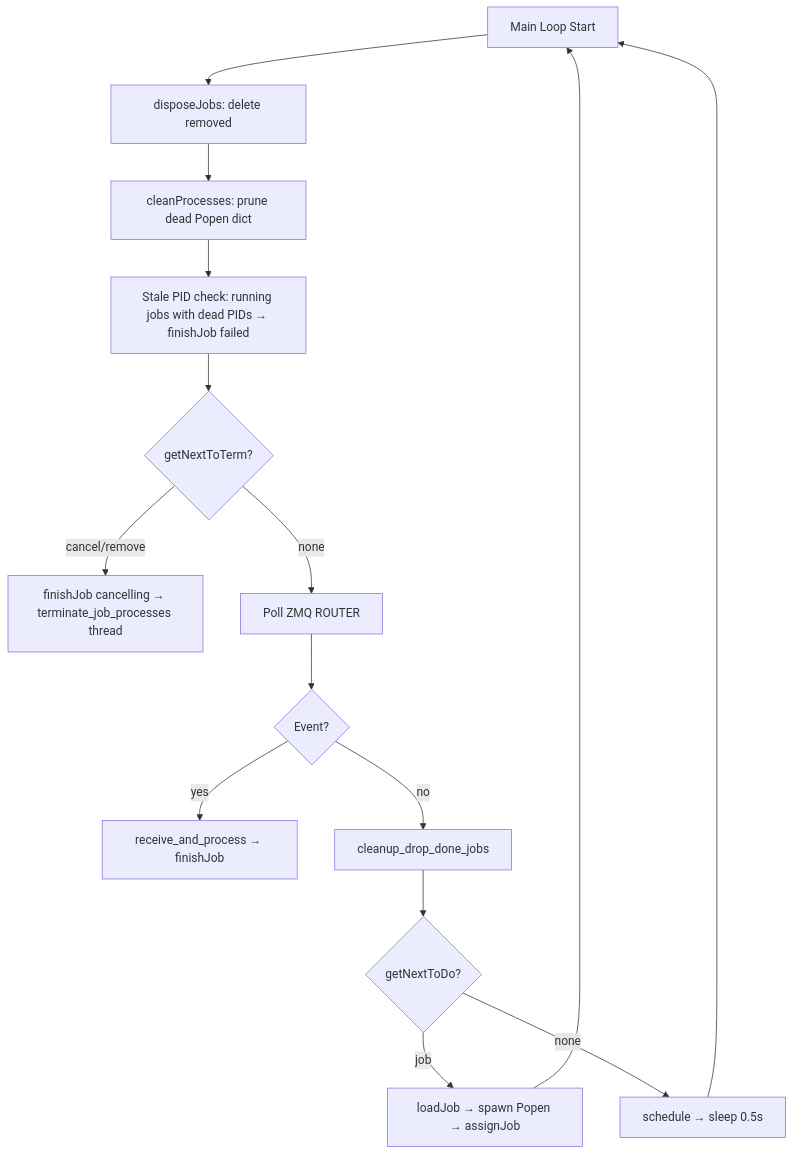
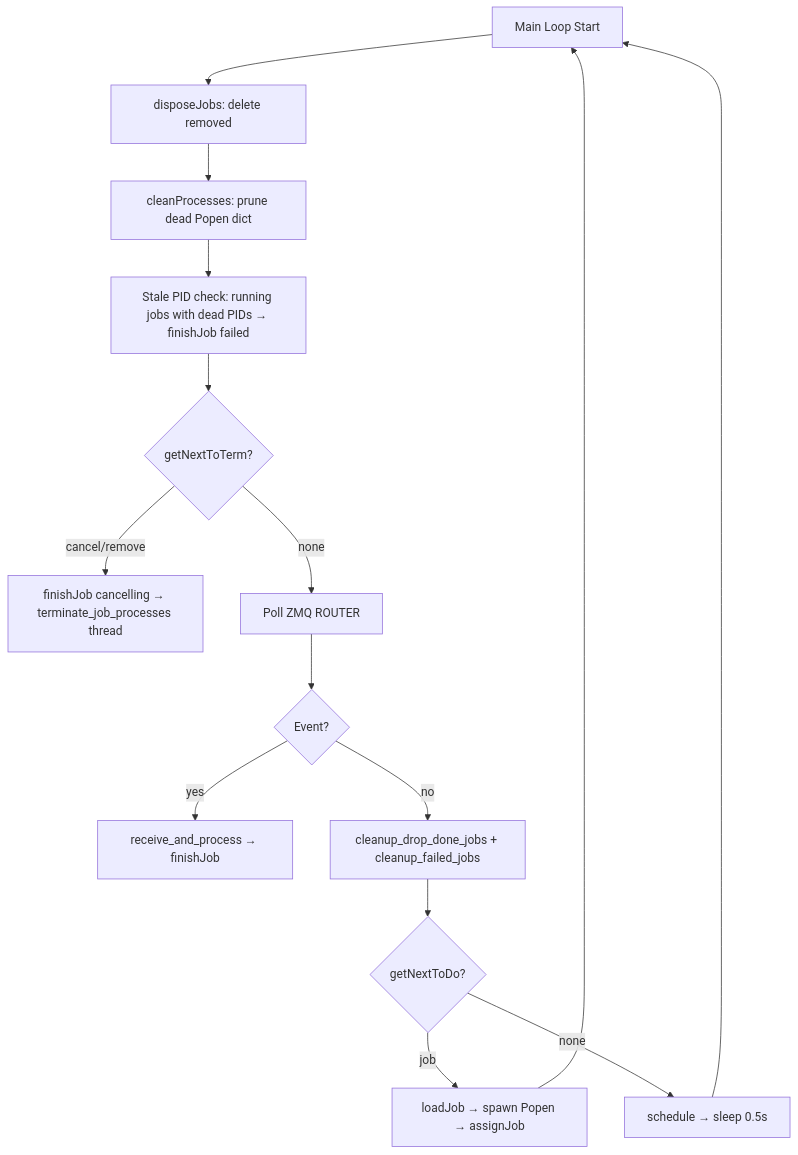
Before and after one commit to pyops-project/pyops: the fifth of 10 diagrams in docs/insights_app.md, drawn with Mermaid. The commit also changed other lines of this file and 16 other files, not shown here.

````diff
--- a/docs/insights_app.md
+++ b/docs/insights_app.md
@@ -305,17 +307,17 @@
 ```mermaid
 flowchart TD
     A[Main Loop Start] --> B[disposeJobs: delete removed]
     B --> C[cleanProcesses: prune dead Popen dict]
     C --> D[Stale PID check: running jobs with dead PIDs → finishJob failed]
     D --> E{getNextToTerm?}
     E -->|cancel/remove| F[finishJob cancelling → terminate_job_processes thread]
     E -->|none| G[Poll ZMQ ROUTER]
     G --> H{Event?}
     H -->|yes| I[receive_and_process → finishJob]
-    H -->|no| J[cleanup_drop_done_jobs]
+    H -->|no| J[cleanup_drop_done_jobs + cleanup_failed_jobs]
     J --> K{getNextToDo?}
     K -->|job| L[loadJob → spawn Popen → assignJob]
     K -->|none| M[schedule → sleep 0.5s]
     L --> A
     M --> A
 ```
````
